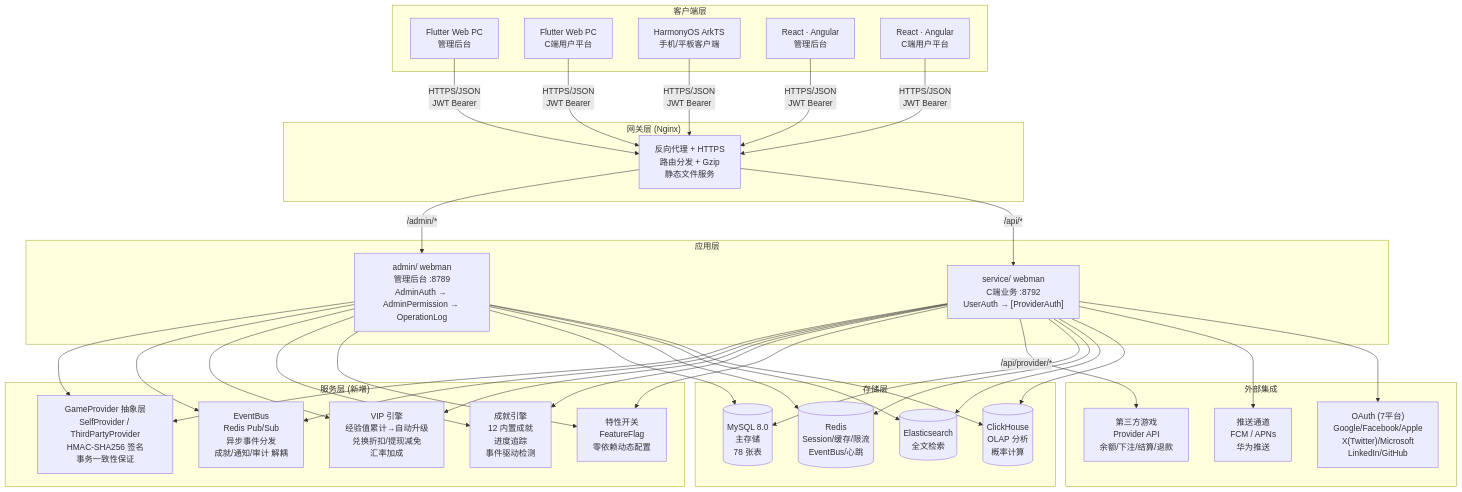
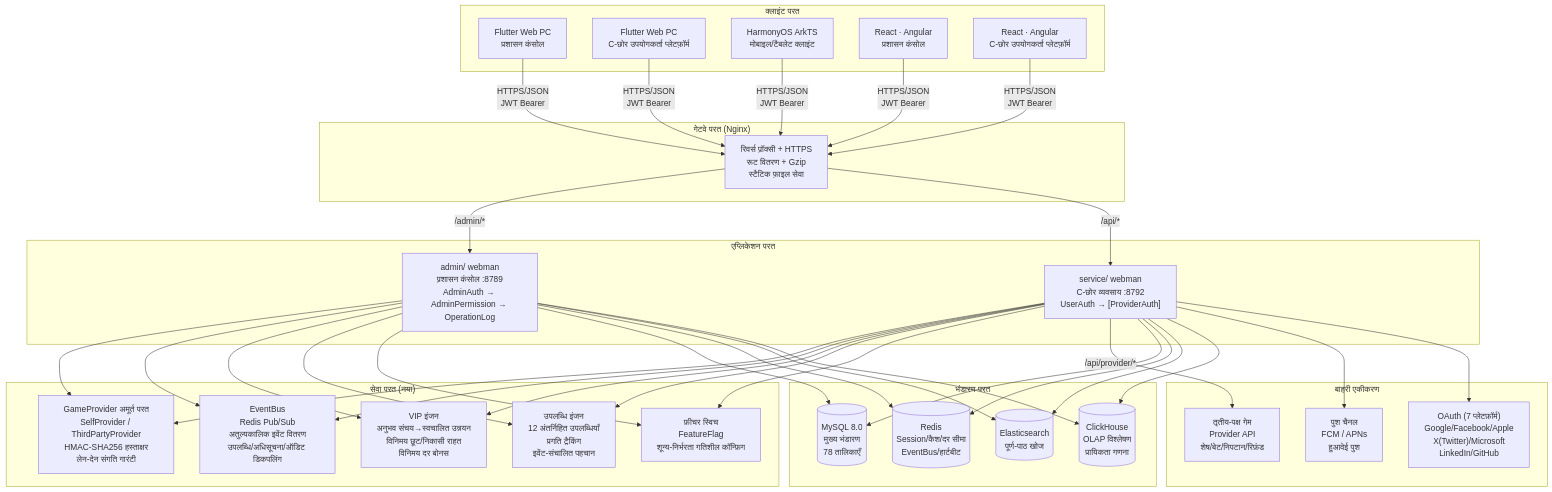
Before and after one commit to erikwang2013/game-platform-php: the first of 2 diagrams in docs/ARCHITECTURE.hi.md, drawn with Mermaid. The commit also changed other lines of this file and 211 other files, not shown here.

First line of the commit message:
fix: 支付配置读回类型根治、提现事件对账巡检，12 语族 mermaid 与 API 标签本地化

````diff
--- a/docs/ARCHITECTURE.hi.md
+++ b/docs/ARCHITECTURE.hi.md
@@ -11,48 +11,48 @@
 ```mermaid
 flowchart TB
-    subgraph "客户端层"
-        A1["Flutter Web PC<br/>管理后台"]
-        A2["Flutter Web PC<br/>C端用户平台"]
-        A3["HarmonyOS ArkTS<br/>手机/平板客户端"]
-        A4["React · Angular<br/>管理后台"]
-        A5["React · Angular<br/>C端用户平台"]
+    subgraph "क्लाइंट परत"
+        A1["Flutter Web PC<br/>प्रशासन कंसोल"]
+        A2["Flutter Web PC<br/>C-छोर उपयोगकर्ता प्लेटफ़ॉर्म"]
+        A3["HarmonyOS ArkTS<br/>मोबाइल/टैबलेट क्लाइंट"]
+        A4["React · Angular<br/>प्रशासन कंसोल"]
+        A5["React · Angular<br/>C-छोर उपयोगकर्ता प्लेटफ़ॉर्म"]
     end
 
-    subgraph "网关层 (Nginx)"
-        B1["反向代理 + HTTPS<br/>路由分发 + Gzip<br/>静态文件服务"]
+    subgraph "गेटवे परत (Nginx)"
+        B1["रिवर्स प्रॉक्सी + HTTPS<br/>रूट वितरण + Gzip<br/>स्टैटिक फ़ाइल सेवा"]
     end
 
-    subgraph "应用层"
-        C1["admin/ webman<br/>管理后台 :8789<br/>AdminAuth → AdminPermission → OperationLog"]
-        C2["service/ webman<br/>C端业务 :8792<br/>UserAuth → [ProviderAuth]"]
+    subgraph "एप्लिकेशन परत"
+        C1["admin/ webman<br/>प्रशासन कंसोल :8789<br/>AdminAuth → AdminPermission → OperationLog"]
+        C2["service/ webman<br/>C-छोर व्यवसाय :8792<br/>UserAuth → [ProviderAuth]"]
     end
 
-    subgraph "服务层 (新增)"
-        D0["GameProvider 抽象层<br/>SelfProvider / ThirdPartyProvider<br/>HMAC-SHA256 签名<br/>事务一致性保证"]
-        D1["EventBus<br/>Redis Pub/Sub<br/>异步事件分发<br/>成就/通知/审计 解耦"]
-        D2["VIP 引擎<br/>经验值累计→自动升级<br/>兑换折扣/提现减免<br/>汇率加成"]
-        D3["成就引擎<br/>12 内置成就<br/>进度追踪<br/>事件驱动检测"]
-        D4["特性开关<br/>FeatureFlag<br/>零依赖动态配置"]
+    subgraph "सेवा परत (नया)"
+        D0["GameProvider अमूर्त परत<br/>SelfProvider / ThirdPartyProvider<br/>HMAC-SHA256 हस्ताक्षर<br/>लेन-देन संगति गारंटी"]
+        D1["EventBus<br/>Redis Pub/Sub<br/>अतुल्यकालिक इवेंट वितरण<br/>उपलब्धि/अधिसूचना/ऑडिट डिकपलिंग"]
+        D2["VIP इंजन<br/>अनुभव संचय→स्वचालित उन्नयन<br/>विनिमय छूट/निकासी राहत<br/>विनिमय दर बोनस"]
+        D3["उपलब्धि इंजन<br/>12 अंतर्निहित उपलब्धियाँ<br/>प्रगति ट्रैकिंग<br/>इवेंट-संचालित पहचान"]
+        D4["फ़ीचर स्विच<br/>FeatureFlag<br/>शून्य-निर्भरता गतिशील कॉन्फ़िग"]
     end
 
-    subgraph "存储层"
-        E1[("MySQL 8.0<br/>主存储<br/>78 张表")]
-        E2[("Redis<br/>Session/缓存/限流<br/>EventBus/心跳")]
-        E3[("Elasticsearch<br/>全文检索")]
-        E4[("ClickHouse<br/>OLAP 分析<br/>概率计算")]
+    subgraph "भंडारण परत"
+        E1[("MySQL 8.0<br/>मुख्य भंडारण<br/>78 तालिकाएँ")]
+        E2[("Redis<br/>Session/कैश/दर सीमा<br/>EventBus/हार्टबीट")]
+        E3[("Elasticsearch<br/>पूर्ण-पाठ खोज")]
+        E4[("ClickHouse<br/>OLAP विश्लेषण<br/>प्रायिकता गणना")]
     end
 
-    subgraph "外部集成"
-        F1["第三方游戏<br/>Provider API<br/>余额/下注/结算/退款"]
-        F2["推送通道<br/>FCM / APNs<br/>华为推送"]
-        F3["OAuth (7平台)<br/>Google/Facebook/Apple<br/>X(Twitter)/Microsoft<br/>LinkedIn/GitHub"]
+    subgraph "बाहरी एकीकरण"
+        F1["तृतीय-पक्ष गेम<br/>Provider API<br/>शेष/बेट/निपटान/रिफ़ंड"]
+        F2["पुश चैनल<br/>FCM / APNs<br/>हुआवेई पुश"]
+        F3["OAuth (7 प्लेटफ़ॉर्म)<br/>Google/Facebook/Apple<br/>X(Twitter)/Microsoft<br/>LinkedIn/GitHub"]
     end
 
     A1 & A2 & A3 & A4 & A5 -->|"HTTPS/JSON<br/>JWT Bearer"| B1
     B1 -->|"/admin/*"| C1
     B1 -->|"/api/*"| C2
     C1 & C2 --> D0 & D1 & D2 & D3 & D4
     C2 -->|"/api/provider/*"| F1
     C1 & C2 --> E1 & E2 & E3 & E4
     C2 --> F2 & F3
 ```
````
